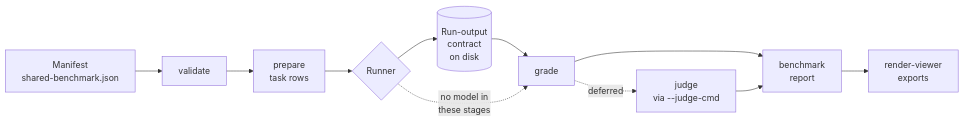
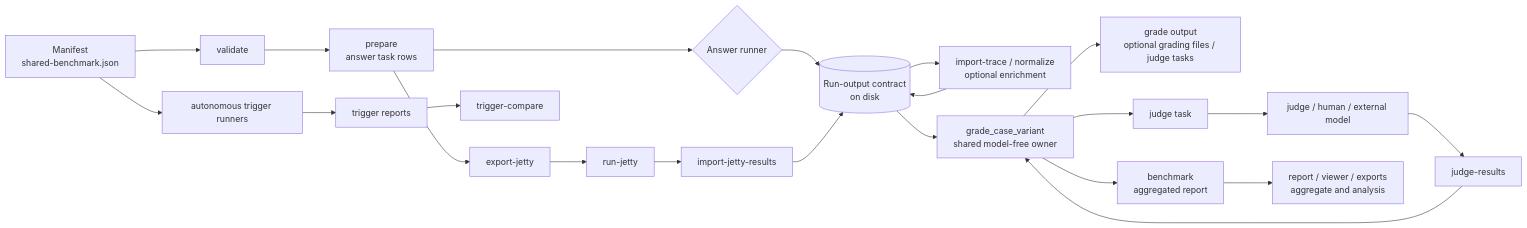
The first of 4 diagrams in docs/architecture.md (adewale/skill-eval-harness), drawn with Mermaid before and after one commit. The commit also changed other lines of this file and 6 other files, not shown here.

Commit message:
docs: cover the full pipeline in OTel roadmap

````diff
--- a/docs/architecture.md
+++ b/docs/architecture.md
@@ -16,14 +19,26 @@
 ```mermaid
 flowchart LR
     M[Manifest\nshared-benchmark.json] --> V[validate]
-    V --> P[prepare\ntask rows]
-    P --> R{Runner}
-    R --> C[(Run-output\ncontract\non disk)]
-    C --> G[grade]
-    G --> B[benchmark\nreport]
-    B --> VW[render-viewer\nexports]
+    V --> P[prepare\nanswer task rows]
+    P --> R{Answer runner}
+    P --> EJ[export-jetty]
+    EJ --> RJ[run-jetty]
+    RJ --> IJ[import-jetty-results]
+    R --> C[(Run-output contract\non disk)]
+    IJ --> C
+    C --> IT[import-trace / normalize\noptional enrichment]
+    IT --> C
 
-    R -.no model in\nthese stages.-> G
-    G -.->|deferred| J[judge\nvia --judge-cmd]
-    J --> B
+    C --> G[grade_case_variant\nshared model-free owner]
+    G --> GO[grade output\noptional grading files / judge tasks]
+    G --> B[benchmark\naggregated report]
+    G --> Q[judge task]
+    Q --> J[judge / human / external model]
+    J --> JR[judge-results]
+    JR --> G
+    B --> PP[report / viewer / exports\naggregate and analysis]
+
+    M --> TR[autonomous trigger runners]
+    TR --> TM[trigger reports]
+    TM --> TC[trigger-compare]
 ```
````
